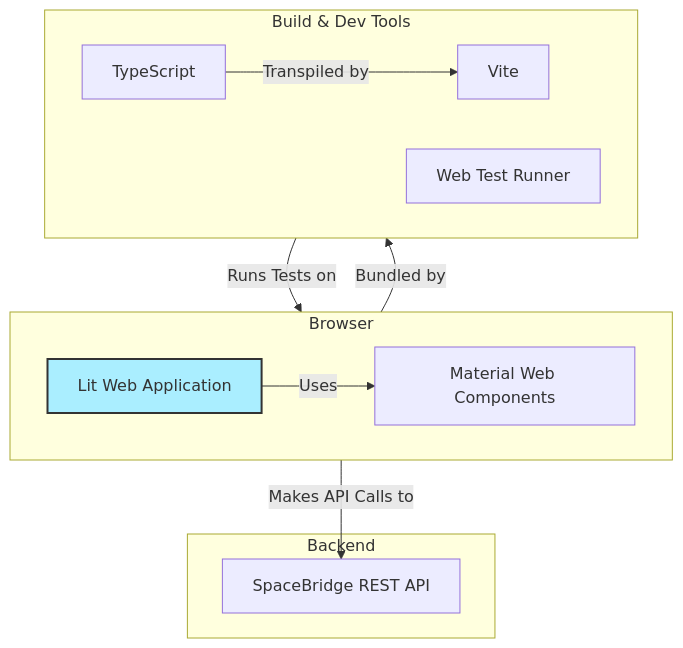
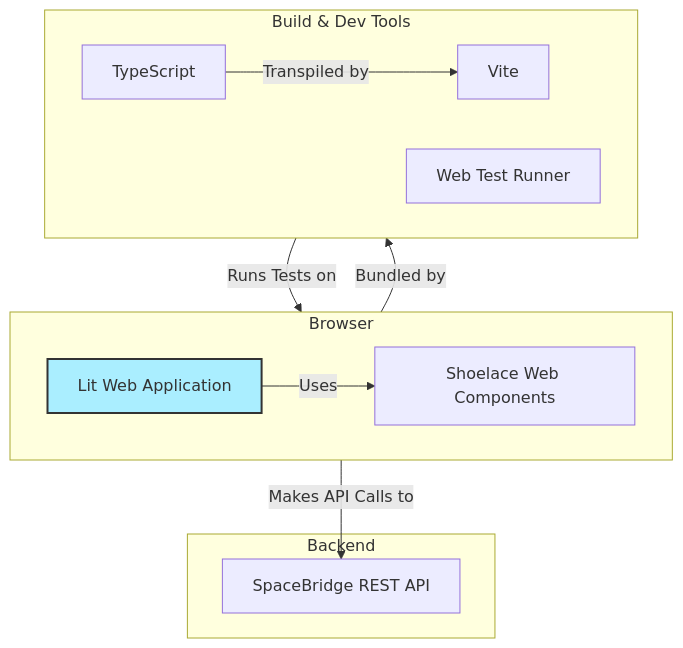
One commit to GiorgosAlexakis/preloop changed the second of 8 diagrams in ARCHITECTURE.md. Above: the diagram before and after it, drawn with Mermaid. The commit also changed other lines of this file and 17 other files, not shown here.

Commit message:
Improve flow presets and webhook handling

````diff
--- a/ARCHITECTURE.md
+++ b/ARCHITECTURE.md
@@ -68,27 +69,27 @@
 ```mermaid
 graph TD
     subgraph "Browser"
         direction LR
         WebApp["Lit Web Application"]
-        MWC["Material Web Components"]
-        WebApp -- Uses --> MWC
+        Shoelace["Shoelace Web Components"]
+        WebApp -- Uses --> Shoelace
     end
 
     subgraph "Build & Dev Tools"
         direction LR
         Vite["Vite"]
         TypeScript["TypeScript"]
         WTR["Web Test Runner"]
     end
 
     subgraph "Backend"
         SpaceBridgeAPI["SpaceBridge REST API"]
     end
 
     WebApp -- Bundled by --> Vite
     TypeScript -- Transpiled by --> Vite
     WebApp -- Makes API Calls to --> SpaceBridgeAPI
     WTR -- Runs Tests on --> WebApp
 
     style WebApp fill:#aef,stroke:#333,stroke-width:2px
 ```
````
